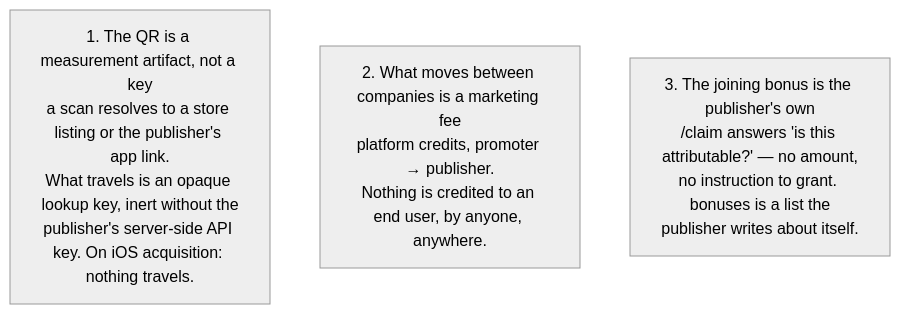
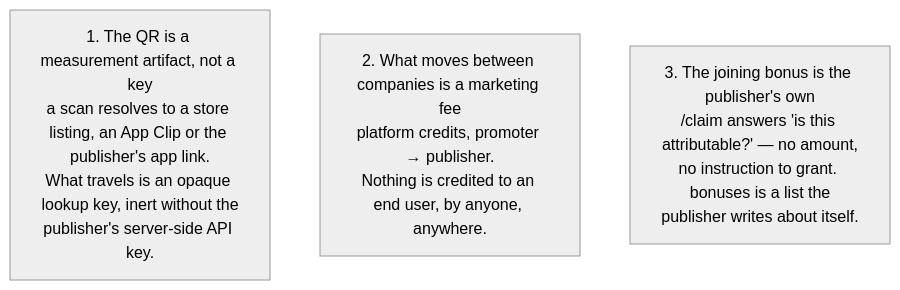
Diagram 22 of 25 in SYSTEM_DESIGN.md (danumai/attribution-platform), drawn with Mermaid (neutral theme) before and after one commit. The commit also changed other lines of this file and 33 other files, not shown here.

First line of the commit message:
feat: enhance campaign and settings sections with App Clip support

````diff
--- a/SYSTEM_DESIGN.md
+++ b/SYSTEM_DESIGN.md
@@ -1114,6 +1134,6 @@
 ```mermaid
 graph TB
-    A["1. The QR is a measurement artifact, not a key<br/>a scan resolves to a store listing or the publisher's app link.<br/>What travels is an opaque lookup key, inert without the<br/>publisher's server-side API key. On iOS acquisition: nothing travels."]
+    A["1. The QR is a measurement artifact, not a key<br/>a scan resolves to a store listing, an App Clip or the publisher's app link.<br/>What travels is an opaque lookup key, inert without the<br/>publisher's server-side API key."]
     B["2. What moves between companies is a marketing fee<br/>platform credits, promoter → publisher.<br/>Nothing is credited to an end user, by anyone, anywhere."]
     C["3. The joining bonus is the publisher's own<br/>/claim answers 'is this attributable?' — no amount,<br/>no instruction to grant. bonuses is a list the<br/>publisher writes about itself."]
 ```
````
